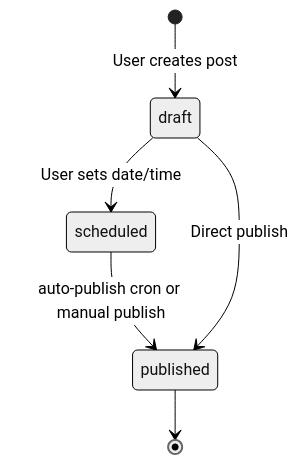
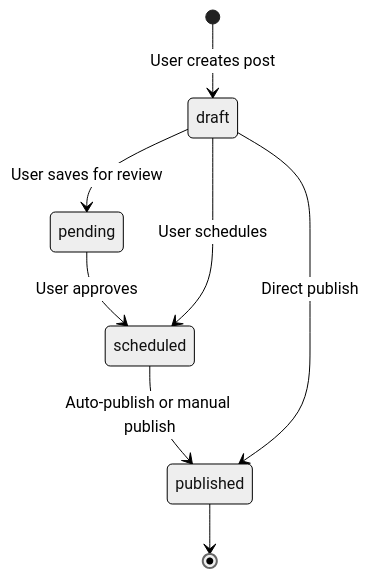
Before and after one commit to thedrivenceo/threadly: the second of 2 diagrams in integrations/threads-api.mdx, drawn with Mermaid (neutral theme). The commit also changed other lines of this file, not shown here.

````diff
--- a/integrations/threads-api.mdx
+++ b/integrations/threads-api.mdx
@@ -102,8 +117,10 @@
 ```mermaid
 stateDiagram-v2
     [*] --> draft: User creates post
-    draft --> scheduled: User sets date/time
-    scheduled --> published: auto-publish cron or manual publish
+    draft --> pending: User saves for review
+    pending --> scheduled: User approves
+    draft --> scheduled: User schedules
+    scheduled --> published: Auto-publish or manual publish
     draft --> published: Direct publish
     published --> [*]
 ```
````
